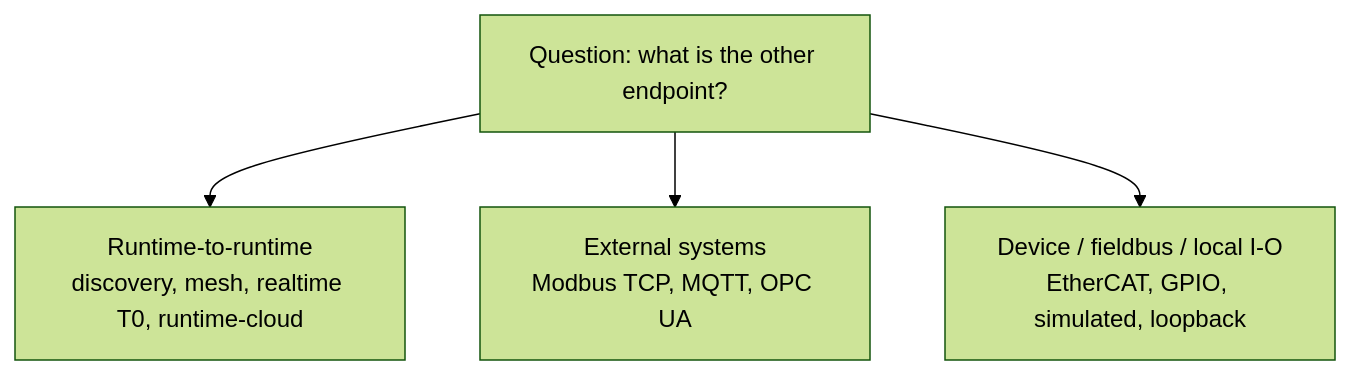
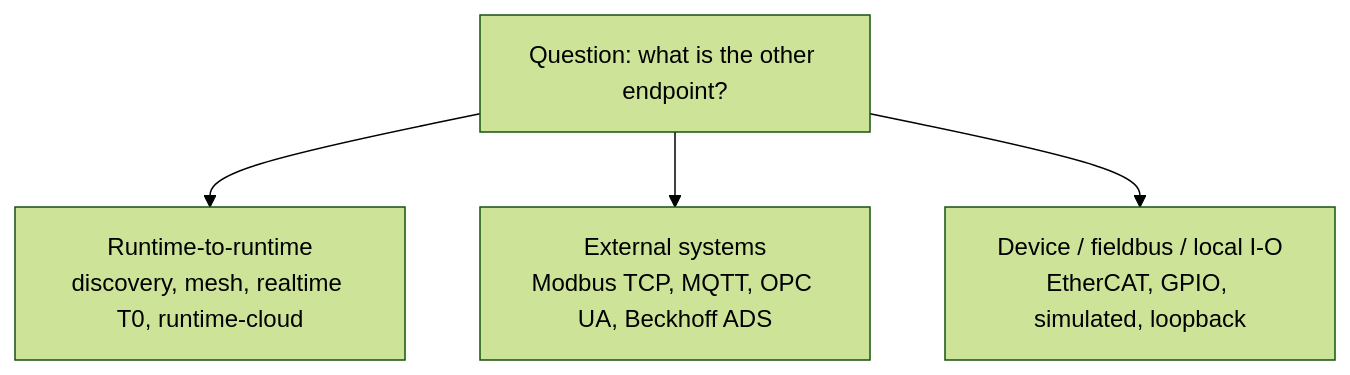
The diagram in docs/public/concepts/communication-planes.md (johannesPettersson80/trust-platform), drawn with Mermaid (forest theme) before and after one commit. The commit also changed other lines of this file and 3 other files, not shown here.

````diff
--- a/docs/public/concepts/communication-planes.md
+++ b/docs/public/concepts/communication-planes.md
@@ -12,10 +12,10 @@
 ```mermaid
 flowchart TB
     A[Runtime-to-runtime<br/>discovery, mesh, realtime T0, runtime-cloud]
-    B[External systems<br/>Modbus TCP, MQTT, OPC UA]
+    B[External systems<br/>Modbus TCP, MQTT, OPC UA, Beckhoff ADS]
     C[Device / fieldbus / local I-O<br/>EtherCAT, GPIO, simulated, loopback]
     D[Question: what is the other endpoint?]
     D --> A
     D --> B
     D --> C
 ```
````
